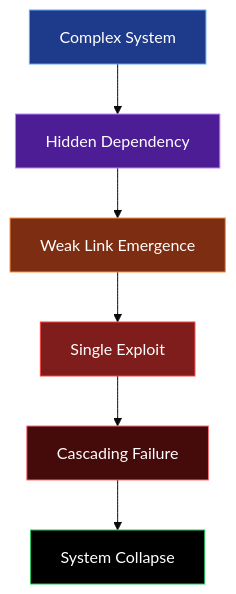
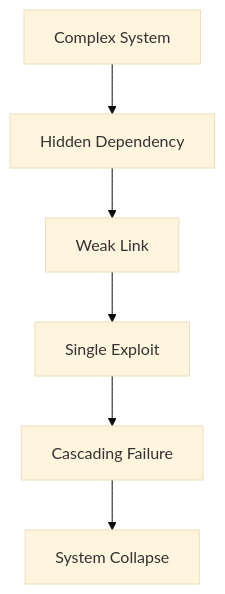
One commit to kongali1720/kongali1720 changed the third of 4 diagrams in README.md. Above: the diagram before and after it, drawn with Mermaid (base theme). The commit also changed other lines of this file, not shown here.

````diff
--- a/README.md
+++ b/README.md
@@ -222,16 +98,8 @@
 ```mermaid
 flowchart TD
-
-A[Complex System]:::blue --> B[Hidden Dependency]:::purple
-B --> C[Weak Link Emergence]:::orange
-C --> D[Single Exploit]:::red
-D --> E[Cascading Failure]:::red2
-E --> F[System Collapse]:::black
-
-classDef blue fill:#1e3a8a,stroke:#60a5fa,color:#fff
-classDef purple fill:#4c1d95,stroke:#c084fc,color:#fff
-classDef orange fill:#7c2d12,stroke:#fb923c,color:#fff
-classDef red fill:#7f1d1d,stroke:#ef4444,color:#fff
-classDef red2 fill:#450a0a,stroke:#f87171,color:#fff
-classDef black fill:#000000,stroke:#22c55e,color:#fff
+    A[Complex System] --> B[Hidden Dependency]
+    B --> C[Weak Link]
+    C --> D[Single Exploit]
+    D --> E[Cascading Failure]
+    E --> F[System Collapse]
 ```
````
